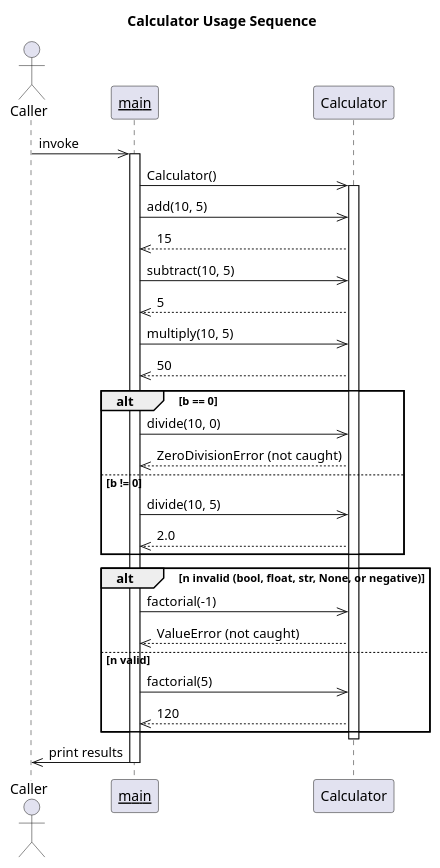
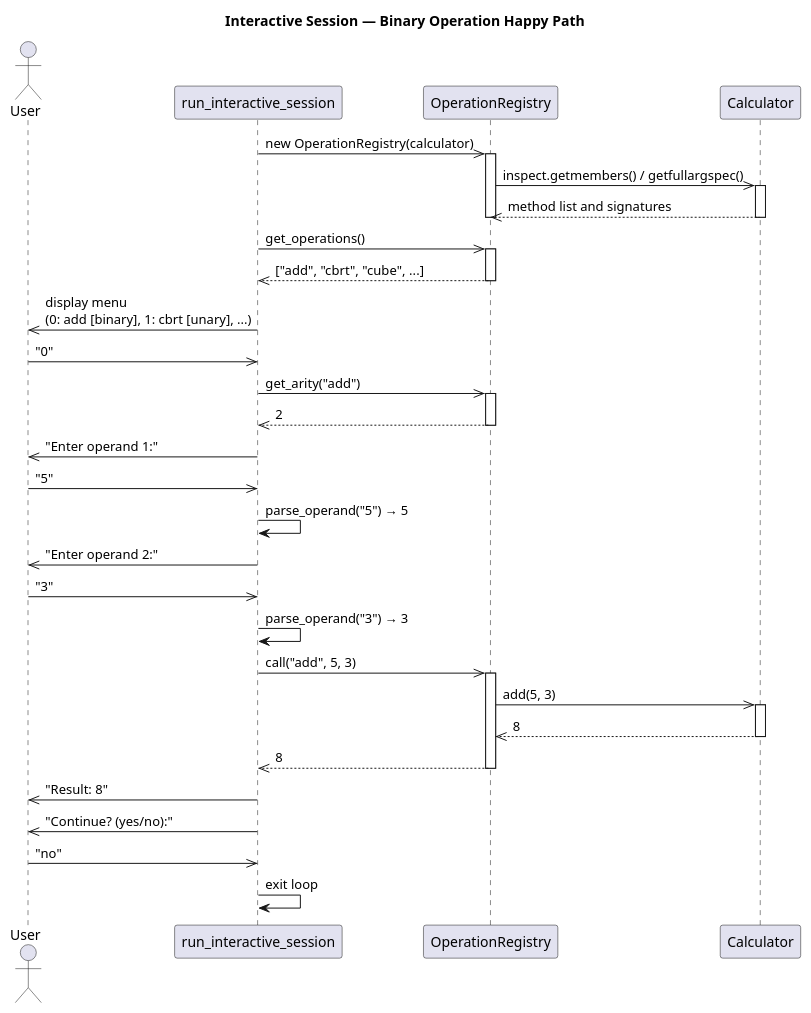
One commit to DanielRiha8906/Calculator_bachelor_autoevolution_team changed the diagram in artifacts/sequence_diagram.puml. Above: the diagram before and after it, drawn with PlantUML. The commit also changed 3 other files, not shown here.

Commit message:
add PlantUML diagrams for interactive input feature

```diff
--- a/artifacts/sequence_diagram.puml
+++ b/artifacts/sequence_diagram.puml
@@ -1,44 +1,54 @@
 @startuml
-title Calculator Usage Sequence
+title Interactive Session — Binary Operation Happy Path
 
-actor Caller
-participant "__main__" as main
+actor User
+participant "run_interactive_session" as session
+participant "OperationRegistry" as registry
 participant "Calculator" as calc
 
-Caller ->> main : invoke
-activate main
+session ->> registry : new OperationRegistry(calculator)
+activate registry
+registry ->> calc : inspect.getmembers() / getfullargspec()
+activate calc
+calc -->> registry : method list and signatures
+deactivate calc
+deactivate registry
 
-main ->> calc : Calculator()
+session ->> registry : get_operations()
+activate registry
+registry -->> session : ["add", "cbrt", "cube", ...]
+deactivate registry
+
+session ->> User : display menu\n(0: add [binary], 1: cbrt [unary], ...)
+User ->> session : "0"
+
+session ->> registry : get_arity("add")
+activate registry
+registry -->> session : 2
+deactivate registry
+
+session ->> User : "Enter operand 1:"
+User ->> session : "5"
+session -> session : parse_operand("5") → 5
+
+session ->> User : "Enter operand 2:"
+User ->> session : "3"
+session -> session : parse_operand("3") → 3
+
+session ->> registry : call("add", 5, 3)
+activate registry
+registry ->> calc : add(5, 3)
 activate calc
+calc -->> registry : 8
+deactivate calc
+registry -->> session : 8
+deactivate registry
 
-main ->> calc : add(10, 5)
-calc -->> main : 15
+session ->> User : "Result: 8"
 
-main ->> calc : subtract(10, 5)
-calc -->> main : 5
+session ->> User : "Continue? (yes/no):"
+User ->> session : "no"
 
-main ->> calc : multiply(10, 5)
-calc -->> main : 50
-
-alt b == 0
-  main ->> calc : divide(10, 0)
-  calc -->> main : ZeroDivisionError (not caught)
-else b != 0
-  main ->> calc : divide(10, 5)
-  calc -->> main : 2.0
-end
-
-alt n invalid (bool, float, str, None, or negative)
-  main ->> calc : factorial(-1)
-  calc -->> main : ValueError (not caught)
-else n valid
-  main ->> calc : factorial(5)
-  calc -->> main : 120
-end
-
-deactivate calc
-
-main ->> Caller : print results
-deactivate main
+session -> session : exit loop
 
 @enduml
```
